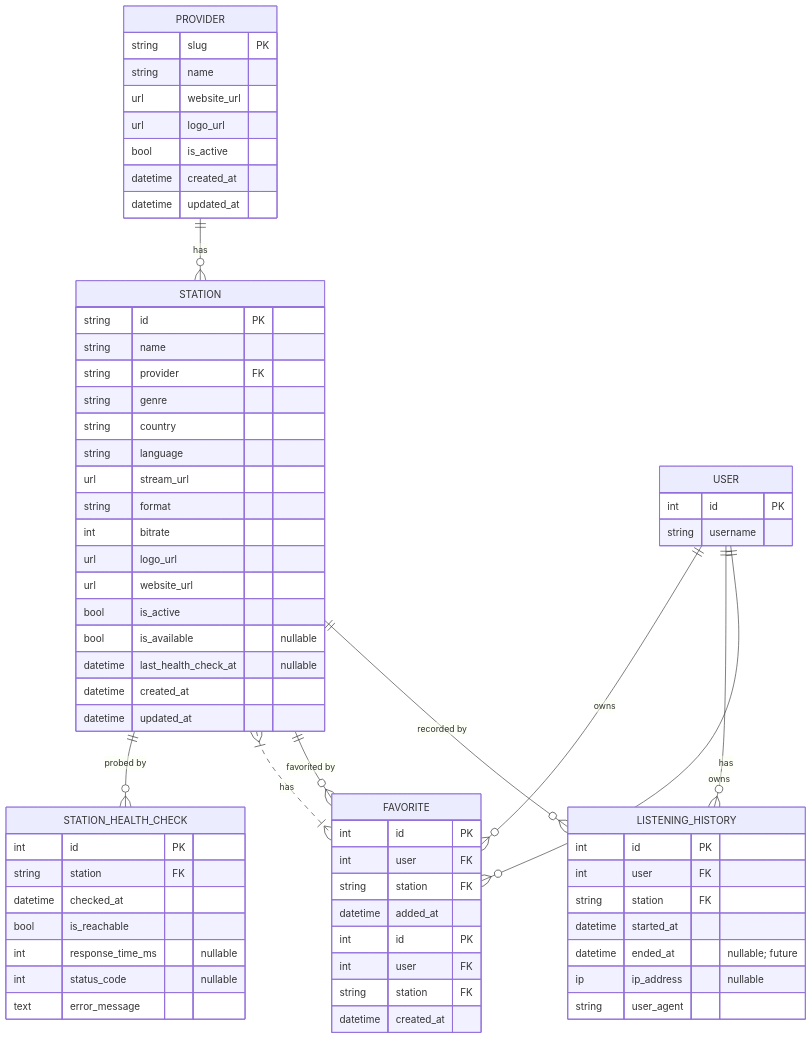
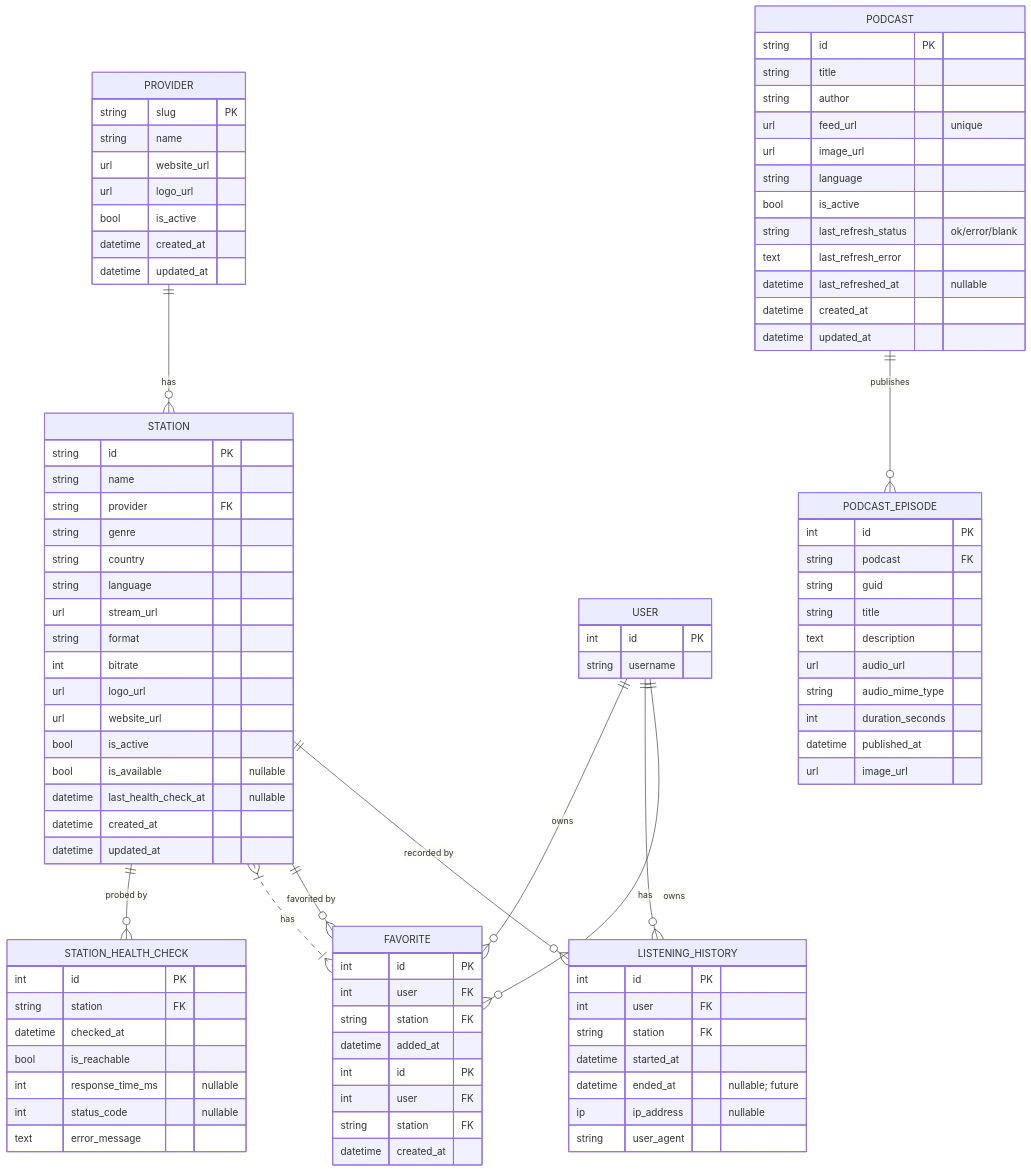
The diagram in docs/architecture/radio/05_data_model.md (rahim8050/Farm-Intelligence-Platform), drawn with Mermaid before and after one commit. The commit also changed other lines of this file and 26 other files, not shown here.

````diff
--- a/docs/architecture/radio/05_data_model.md
+++ b/docs/architecture/radio/05_data_model.md
@@ -331,4 +350,34 @@
 
     STATION ||--o{ FAVORITE : "favorited by"
     STATION ||--o{ LISTENING_HISTORY : "recorded by"
+
+    PODCAST {
+        string id PK
+        string title
+        string author
+        url feed_url "unique"
+        url image_url
+        string language
+        bool is_active
+        string last_refresh_status "ok/error/blank"
+        text last_refresh_error
+        datetime last_refreshed_at "nullable"
+        datetime created_at
+        datetime updated_at
+    }
+
+    PODCAST_EPISODE {
+        int id PK
+        string podcast FK
+        string guid
+        string title
+        text description
+        url audio_url
+        string audio_mime_type
+        int duration_seconds
+        datetime published_at
+        url image_url
+    }
+
+    PODCAST ||--o{ PODCAST_EPISODE : "publishes"
 ```
````
